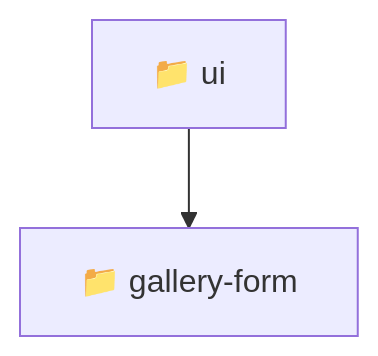
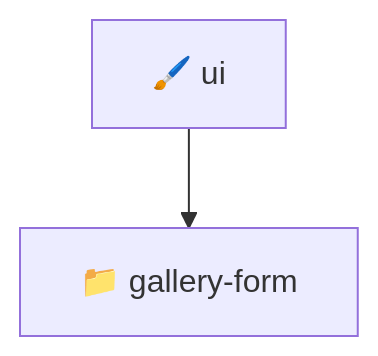
Before and after one commit to beginwebdev2002/fullstack-mavluda: the diagram in frontend/src/pages/gallery/ui/README.md, drawn with Mermaid. The commit also changed other lines of this file and 165 other files, not shown here.

First line of the commit message:
docs: generate localized architectural READMEs

````diff
--- a/frontend/src/pages/gallery/ui/README.md
+++ b/frontend/src/pages/gallery/ui/README.md
@@ -10,5 +11,5 @@
 ```mermaid
 graph TD
-  Root["📁 ui"]
-  Root --> galleryform["📁 gallery-form"]
+  ui["🖌️ ui"]
+  ui --> gallery_form["📁 gallery-form"]
 ```
````
